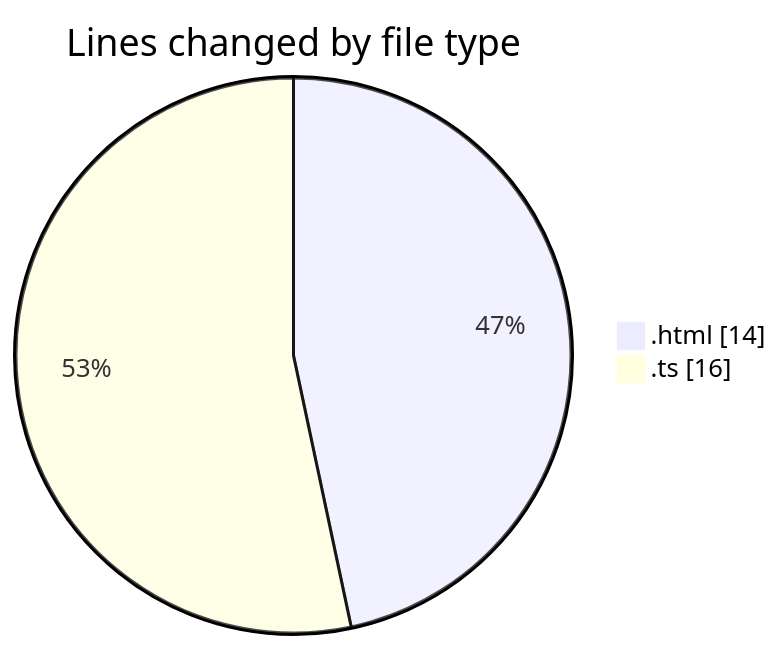
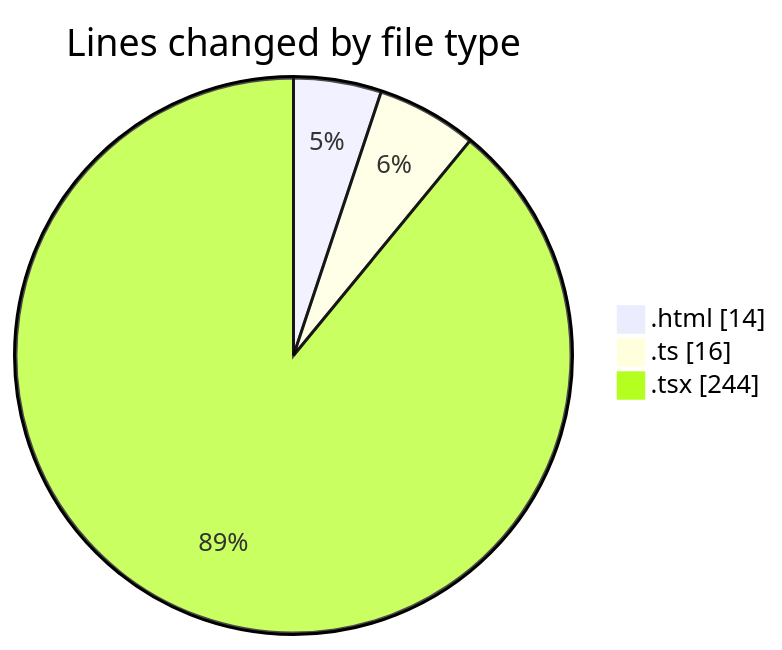
The first of 2 diagrams in 2025-02-06/portofolio/README.md (donsfak/code-tracking), drawn with Mermaid before and after one commit. The commit also changed other lines of this file and 1 other file, not shown here.

````diff
--- a/2025-02-06/portofolio/README.md
+++ b/2025-02-06/portofolio/README.md
@@ -21,6 +22,7 @@
 ```mermaid
 pie showData
 title Lines changed by file type
 ".html" : 14
 ".ts" : 16
+".tsx" : 244
 ```
````
